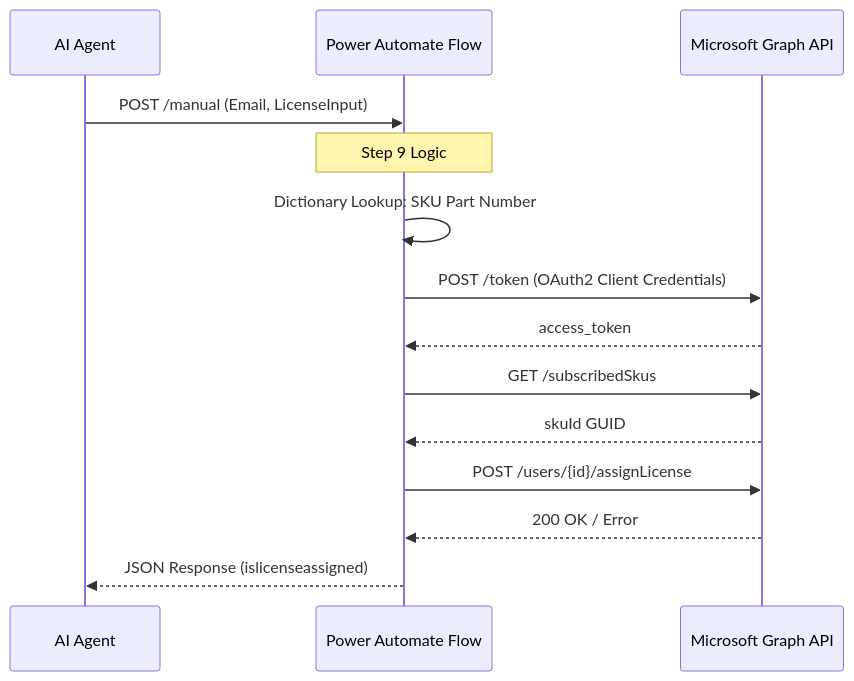
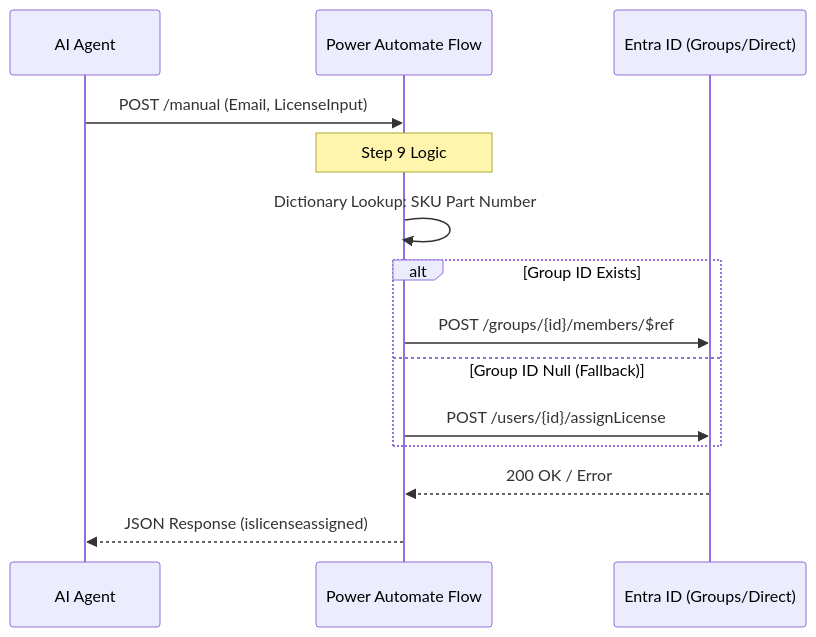
Before and after one commit to reachnaidu/D365FOOnboardingAgent: the diagram in docs/02_Technical_Interface_Spec.md, drawn with Mermaid. The commit also changed other lines of this file, not shown here.

````diff
--- a/docs/02_Technical_Interface_Spec.md
+++ b/docs/02_Technical_Interface_Spec.md
@@ -12,18 +17,20 @@
 ```mermaid
 sequenceDiagram
     participant Agent as AI Agent
     participant Flow as Power Automate Flow
-    participant Graph as Microsoft Graph API
+    participant Entra as Entra ID (Groups/Direct)
 
     Agent->>Flow: POST /manual (Email, LicenseInput)
     Note over Flow: Step 9 Logic
     Flow->>Flow: Dictionary Lookup: SKU Part Number
-    Flow->>Graph: POST /token (OAuth2 Client Credentials)
-    Graph-->>Flow: access_token
-    Flow->>Graph: GET /subscribedSkus
-    Graph-->>Flow: skuId GUID
-    Flow->>Graph: POST /users/{id}/assignLicense
-    Graph-->>Flow: 200 OK / Error
+    
+    alt Group ID Exists
+        Flow->>Entra: POST /groups/{id}/members/$ref
+    else Group ID Null (Fallback)
+        Flow->>Entra: POST /users/{id}/assignLicense
+    end
+    
+    Entra-->>Flow: 200 OK / Error
     Flow-->>Agent: JSON Response (islicenseassigned)
 
 ```
````
